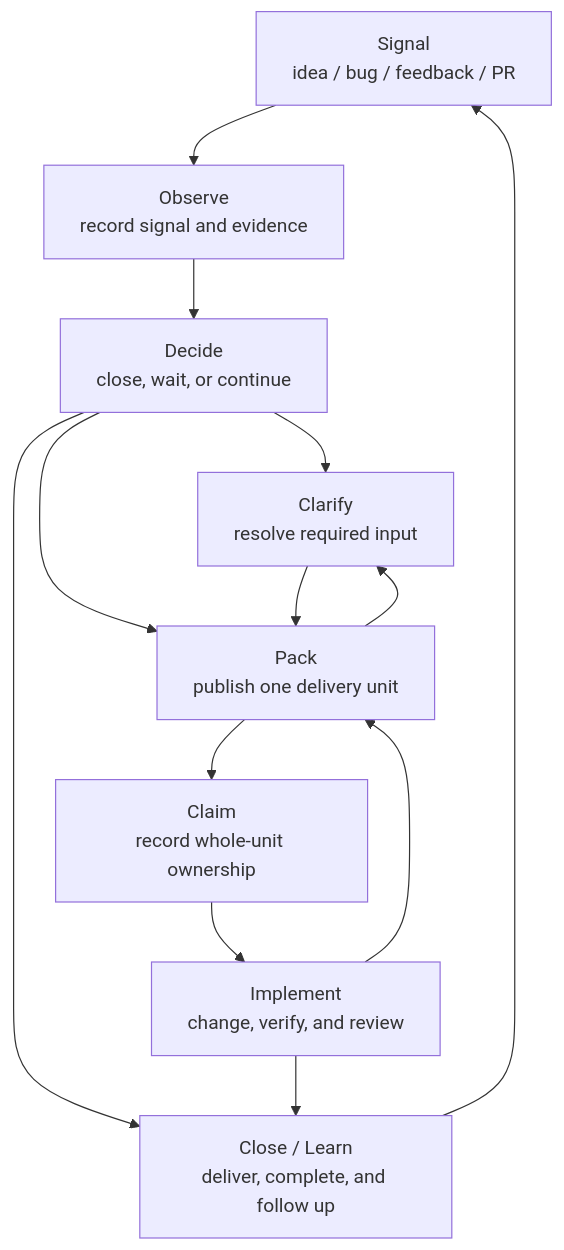
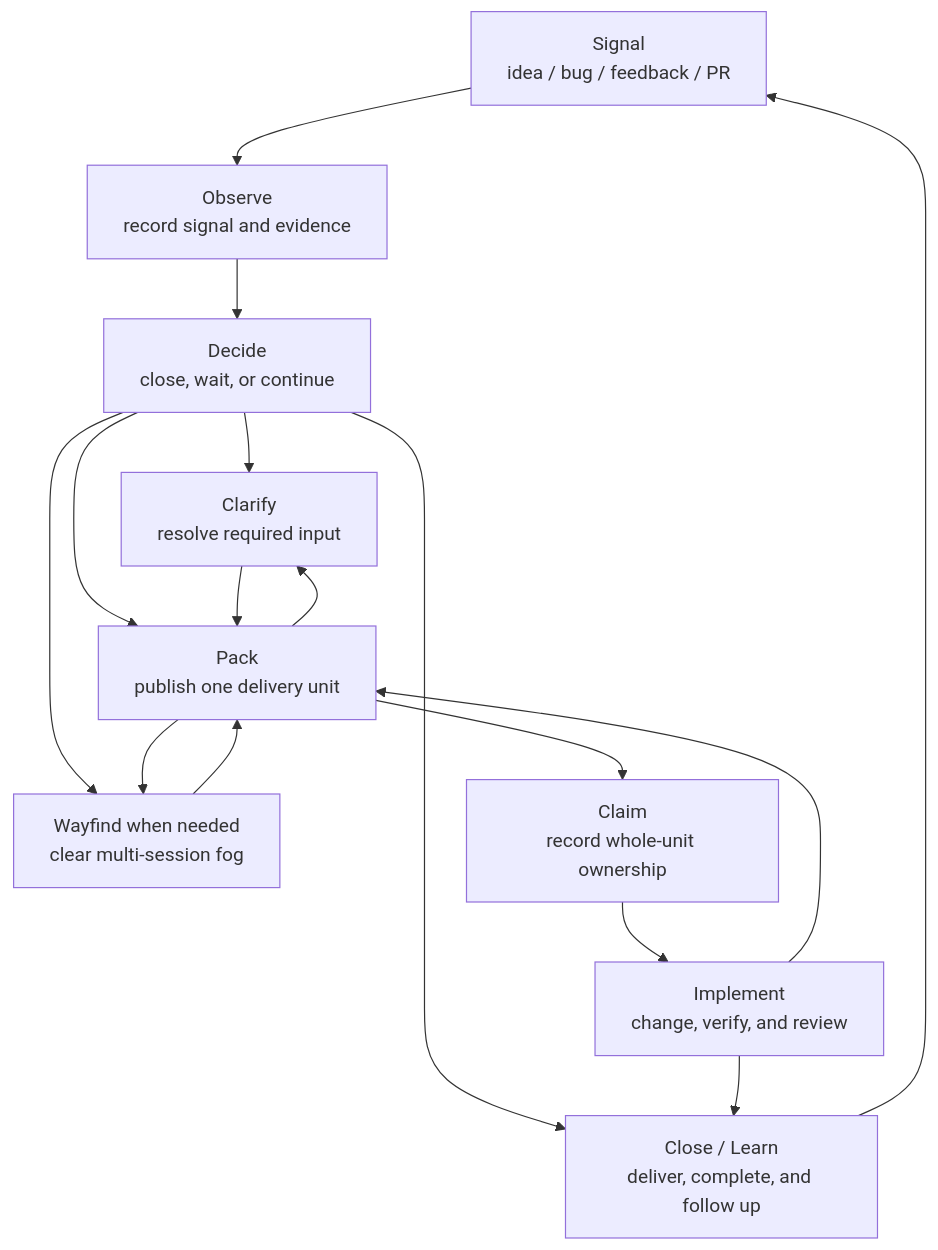
The diagram in skills/ai-native-development/docs/delivery-loop.md (Andiedie/skills), drawn with Mermaid before and after one commit. The commit also changed other lines of this file and 20 other files, not shown here.

````diff
--- a/skills/ai-native-development/docs/delivery-loop.md
+++ b/skills/ai-native-development/docs/delivery-loop.md
@@ -66,24 +68,28 @@
 ```mermaid
 flowchart TD
   Signal["Signal<br/>idea / bug / feedback / PR"]
   Observe["Observe<br/>record signal and evidence"]
   Decide["Decide<br/>close, wait, or continue"]
   Clarify["Clarify<br/>resolve required input"]
+  Wayfind["Wayfind when needed<br/>clear multi-session fog"]
   Pack["Pack<br/>publish one delivery unit"]
   Claim["Claim<br/>record whole-unit ownership"]
   Implement["Implement<br/>change, verify, and review"]
   Close["Close / Learn<br/>deliver, complete, and follow up"]
 
   Signal --> Observe
   Observe --> Decide
   Decide --> Close
   Decide --> Clarify
+  Decide --> Wayfind
   Decide --> Pack
   Clarify --> Pack
+  Wayfind --> Pack
   Pack --> Clarify
+  Pack --> Wayfind
   Pack --> Claim
   Claim --> Implement
   Implement --> Pack
   Implement --> Close
   Close --> Signal
 ```
````
